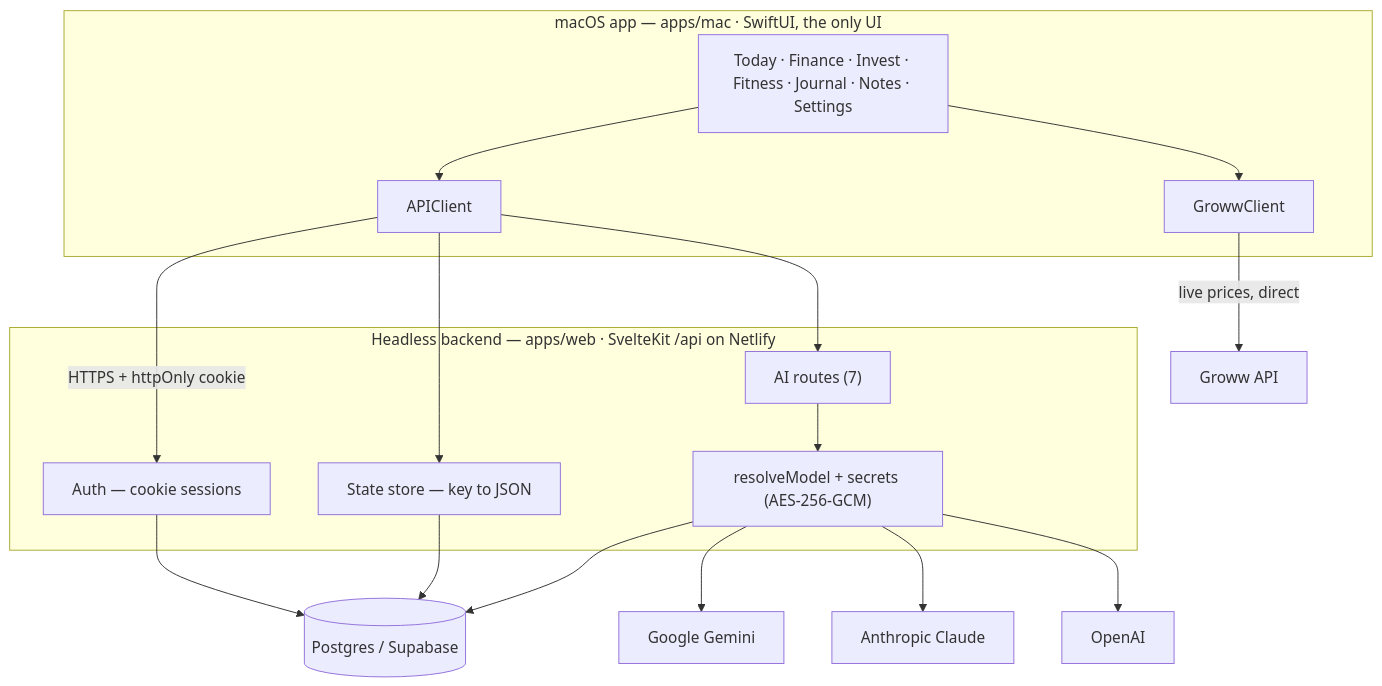
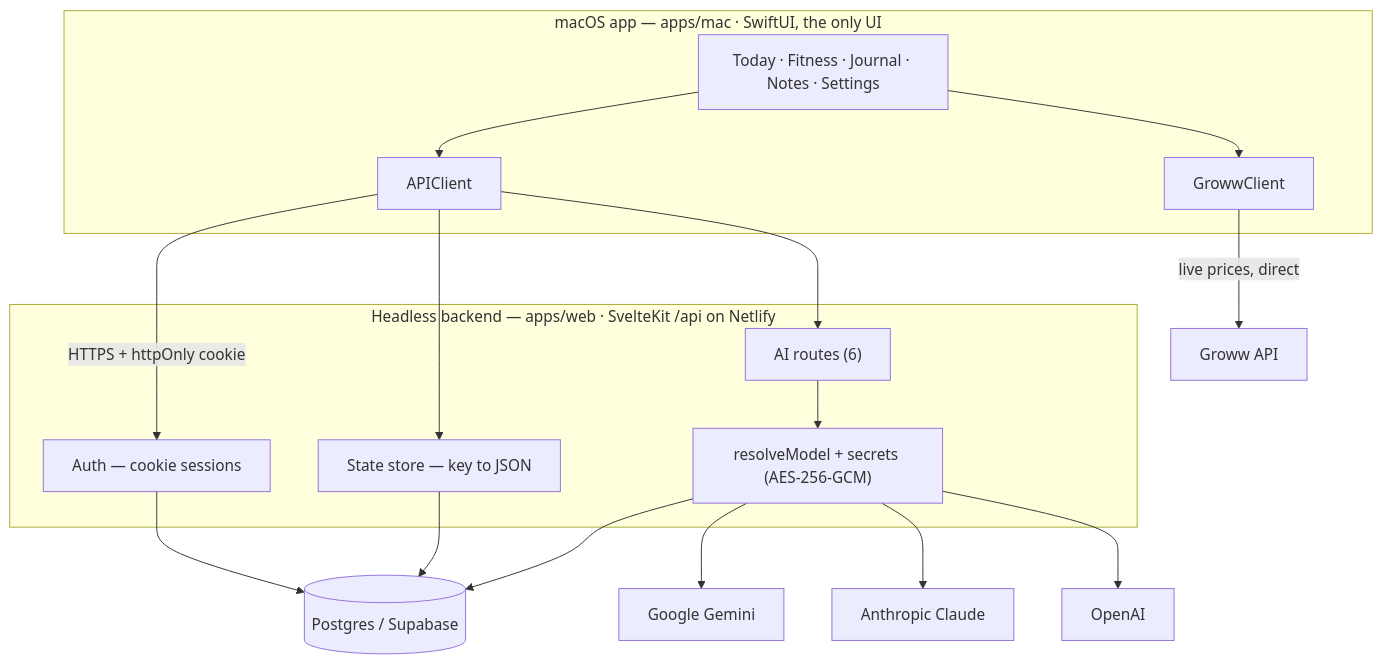
The first of 2 diagrams in README.md (berjilberjil/meOS), drawn with Mermaid before and after one commit. The commit also changed other lines of this file and 43 other files, not shown here.

````diff
--- a/README.md
+++ b/README.md
@@ -20,35 +20,35 @@
 ```mermaid
 flowchart TB
   subgraph client["macOS app — apps/mac · SwiftUI, the only UI"]
-    UI["Today · Finance · Invest · Fitness · Journal · Notes · Settings"]
+    UI["Today · Fitness · Journal · Notes · Settings"]
     API["APIClient"]
     GC["GrowwClient"]
     UI --> API
     UI --> GC
   end
 
   subgraph backend["Headless backend — apps/web · SvelteKit /api on Netlify"]
     AUTH["Auth — cookie sessions"]
     STATE["State store — key to JSON"]
-    AIR["AI routes (7)"]
+    AIR["AI routes (6)"]
     RESOLVE["resolveModel + secrets (AES-256-GCM)"]
     AIR --> RESOLVE
   end
 
   DB[("Postgres / Supabase")]
   GEM["Google Gemini"]
   ANT["Anthropic Claude"]
   OAI["OpenAI"]
   GROWW["Groww API"]
 
   API -- "HTTPS + httpOnly cookie" --> AUTH
   API --> STATE
   API --> AIR
   AUTH --> DB
   STATE --> DB
   RESOLVE --> DB
   RESOLVE --> GEM
   RESOLVE --> ANT
   RESOLVE --> OAI
   GC -- "live prices, direct" --> GROWW
 ```
````
